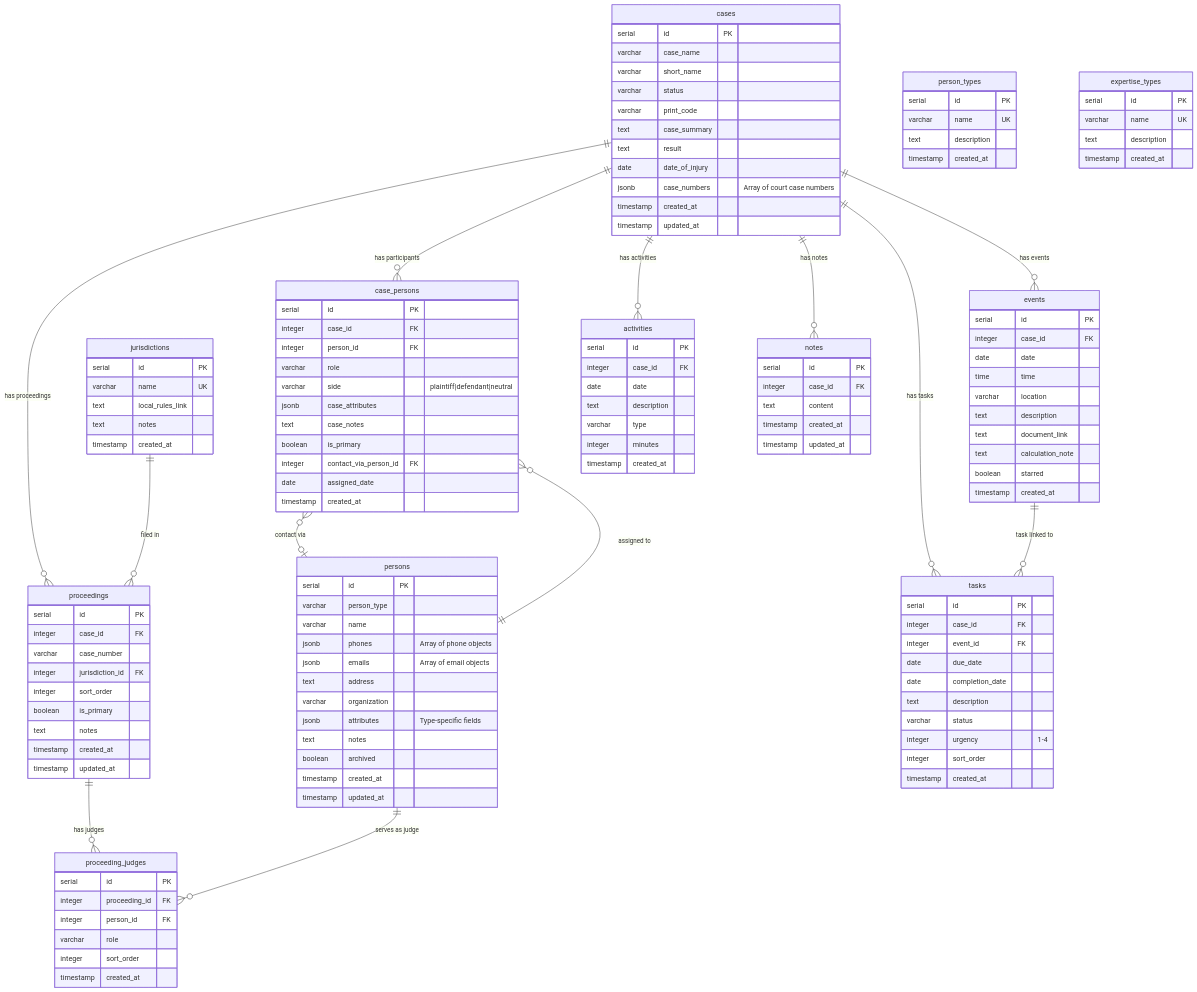
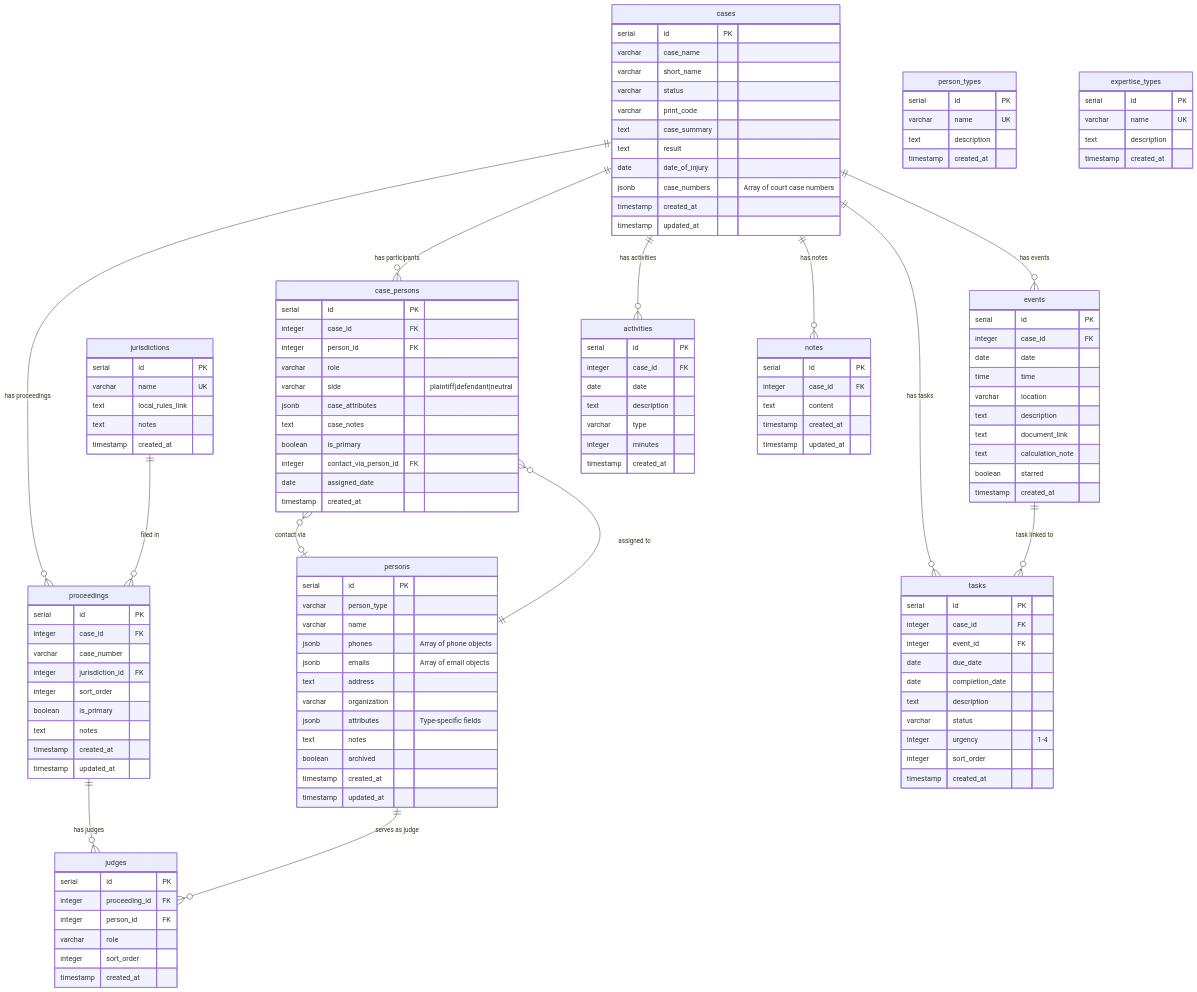
One commit to coopermayne/mcp-galipo changed the diagram in docs/schema.md. Above: the diagram before and after it, drawn with Mermaid. The commit also changed other lines of this file and 15 other files, not shown here.

First line of the commit message:
refactor: rename proceeding_judges to judges, block judge roles on cases

```diff
--- a/docs/schema.md
+++ b/docs/schema.md
@@ -69,7 +69,7 @@
         timestamp updated_at
     }
 
-    proceeding_judges {
+    judges {
         serial id PK
         integer proceeding_id FK
         integer person_id FK
@@ -143,8 +143,8 @@
 
     cases ||--o{ proceedings : "has proceedings"
     jurisdictions ||--o{ proceedings : "filed in"
-    proceedings ||--o{ proceeding_judges : "has judges"
-    persons ||--o{ proceeding_judges : "serves as judge"
+    proceedings ||--o{ judges : "has judges"
+    persons ||--o{ judges : "serves as judge"
 
     cases ||--o{ tasks : "has tasks"
     cases ||--o{ events : "has events"
```
